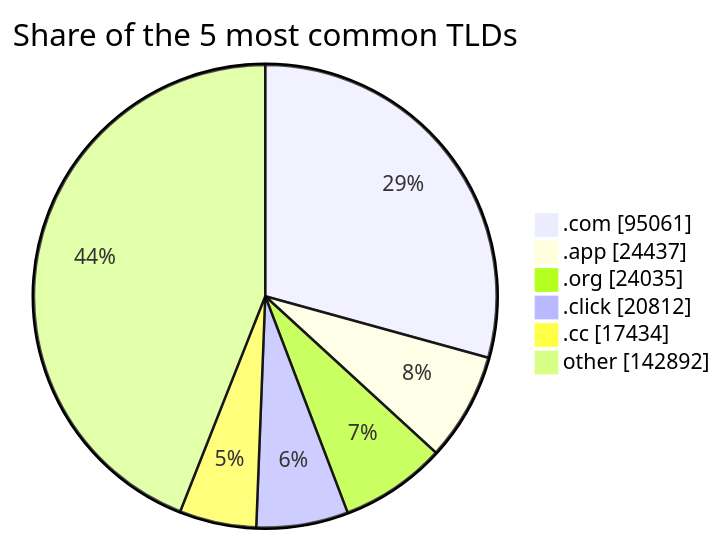
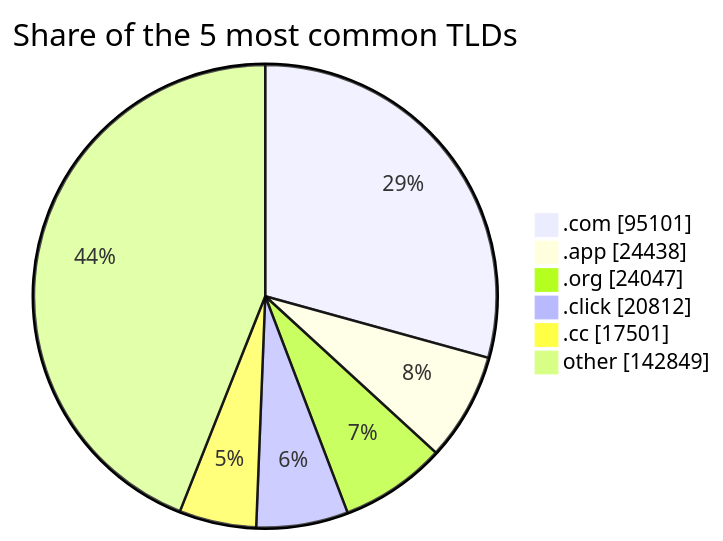
One commit to DNSBunker/CTI changed the third of 3 diagrams in README.md. Above: the diagram before and after it, drawn with Mermaid. The commit also changed other lines of this file and 4 other files, not shown here.

````diff
--- a/README.md
+++ b/README.md
@@ -81,9 +81,9 @@
 ```mermaid
 pie showData title Share of the 5 most common TLDs
-    ".com" : 95061
-    ".app" : 24437
-    ".org" : 24035
+    ".com" : 95101
+    ".app" : 24438
+    ".org" : 24047
     ".click" : 20812
-    ".cc" : 17434
-    "other" : 142892
+    ".cc" : 17501
+    "other" : 142849
 ```
````
